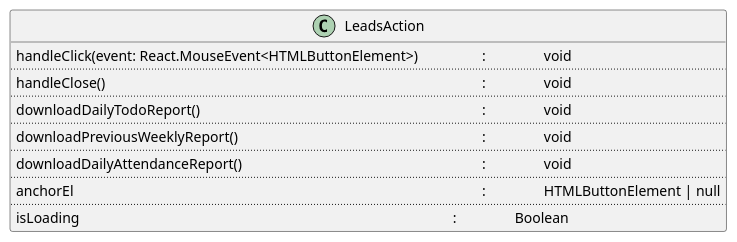
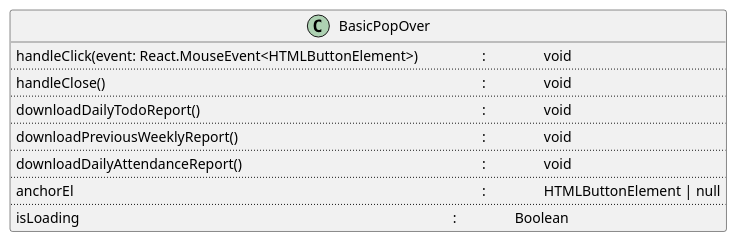
One commit to avasoft-mobility/workday-design changed the diagram in frontend/components/basic_pop_over/basic_pop_over.class.puml. Above: the diagram before and after it, drawn with PlantUML. The commit also changed 8 other files, not shown here.

```diff
--- a/frontend/components/basic_pop_over/basic_pop_over.class.puml
+++ b/frontend/components/basic_pop_over/basic_pop_over.class.puml
@@ -1,19 +1,19 @@
 @startuml BasicPopOver class diagram
 
-class LeadsAction {
+class BasicPopOver {
   handleClick(event: React.MouseEvent<HTMLButtonElement>)\t\t\t: \t\t void
   ..
   handleClose() \t\t\t\t\t\t\t\t\t\t\t\t\t: \t\t void
   ..
   downloadDailyTodoReport() \t\t\t\t\t\t\t\t\t\t: \t\t void
   ..
   downloadPreviousWeeklyReport() \t\t\t\t\t\t\t\t\t: \t\t void
   ..
   downloadDailyAttendanceReport() \t\t\t\t\t\t\t\t\t: \t\t void
   ..
   anchorEl \t\t\t\t\t\t\t\t\t\t\t\t\t\t: \t\t HTMLButtonElement | null
   ..
   isLoading \t\t\t\t\t\t\t\t\t\t\t\t\t: \t\t Boolean
 }
 
 @enduml
```
